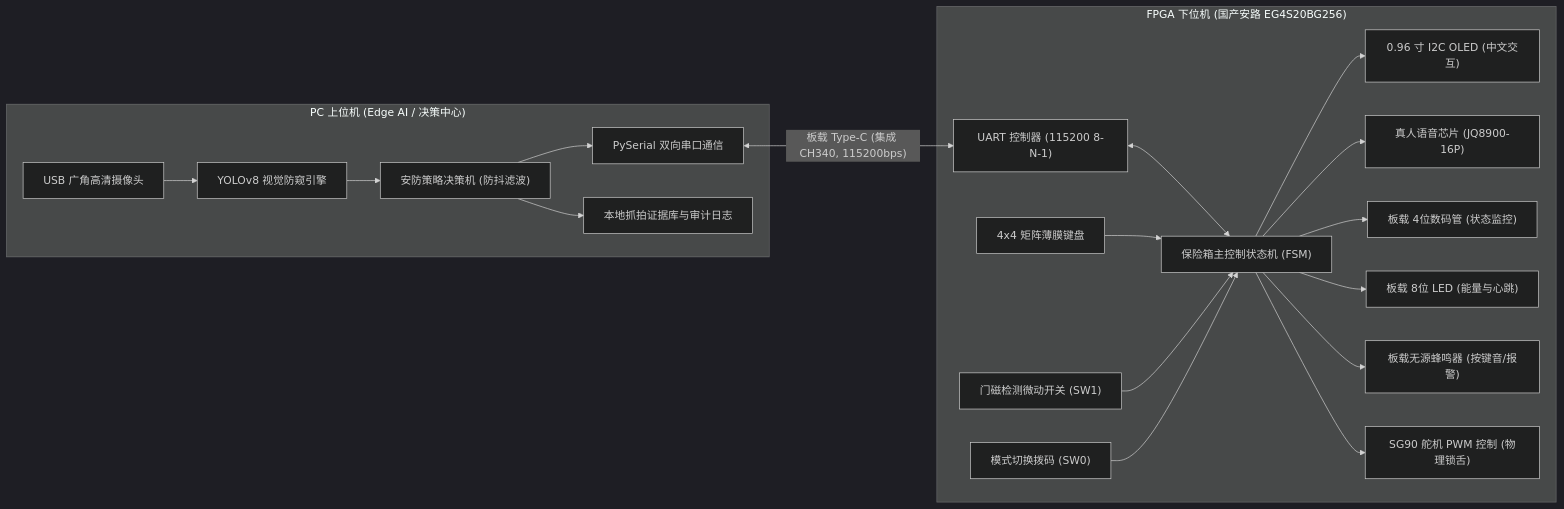
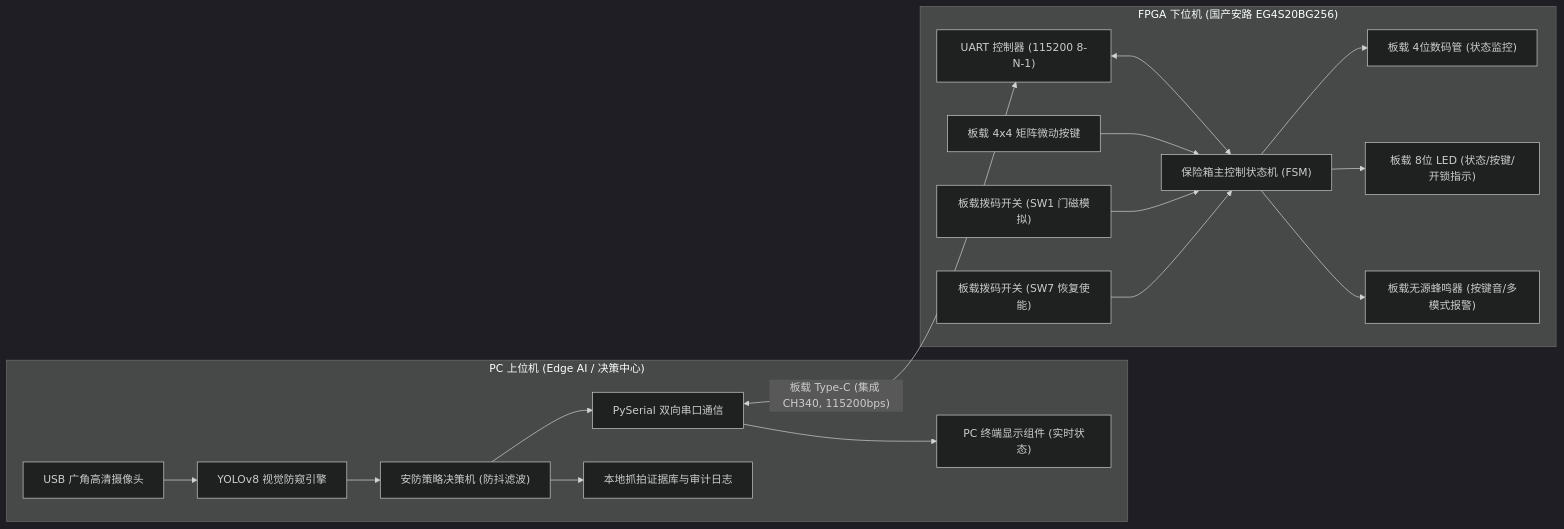
Before and after one commit to no-more-human/FPGA-AntiPeep-CipherLock: the first of 2 diagrams in README.md, drawn with Mermaid (dark theme). The commit also changed other lines of this file and 21 other files, not shown here.

````diff
--- a/README.md
+++ b/README.md
@@ -68,29 +67,27 @@
 ```mermaid
 flowchart LR
     subgraph PC_Side ["PC 上位机 (Edge AI / 决策中心)"]
         USB_CAM["USB 广角高清摄像头"] --> YOLO["YOLOv8 视觉防窥引擎"]
         YOLO --> Decision["安防策略决策机 (防抖滤波)"]
         Decision --> PY_UART["PySerial 双向串口通信"]
         Decision --> Logger["本地抓拍证据库与审计日志"]
+        PY_UART --> Terminal_Disp["PC 终端显示组件 (实时状态)"]
     end
 
     subgraph FPGA_Side ["FPGA 下位机 (国产安路 EG4S20BG256)"]
         FPGA_UART["UART 控制器 (115200 8-N-1)"]
         MainFSM["保险箱主控制状态机 (FSM)"]
 
         FPGA_UART <--> MainFSM
 
-        Keypad["4x4 矩阵薄膜键盘"] --> MainFSM
-        Door_Sensor["门磁检测微动开关 (SW1)"] --> MainFSM
-        Mode_SW["模式切换拨码 (SW0)"] --> MainFSM
+        Keypad["板载 4x4 矩阵微动按键"] --> MainFSM
+        Door_Sensor["板载拨码开关 (SW1 门磁模拟)"] --> MainFSM
+        Mode_SW["板载拨码开关 (SW7 恢复使能)"] --> MainFSM
 
-        MainFSM --> OLED["0.96 寸 I2C OLED (中文交互)"]
-        MainFSM --> Voice["真人语音芯片 (JQ8900-16P)"]
         MainFSM --> Digitron["板载 4位数码管 (状态监控)"]
-        MainFSM --> LED_Bar["板载 8位 LED (能量与心跳)"]
-        MainFSM --> Buzzer["板载无源蜂鸣器 (按键音/报警)"]
-        MainFSM --> PWM_Servo["SG90 舵机 PWM 控制 (物理锁舌)"]
+        MainFSM --> LED_Bar["板载 8位 LED (状态/按键/开锁指示)"]
+        MainFSM --> Buzzer["板载无源蜂鸣器 (按键音/多模式报警)"]
     end
 
     PY_UART <-->|"板载 Type-C (集成 CH340, 115200bps)"| FPGA_UART
 ```
````
